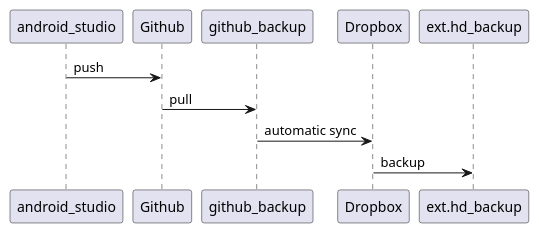
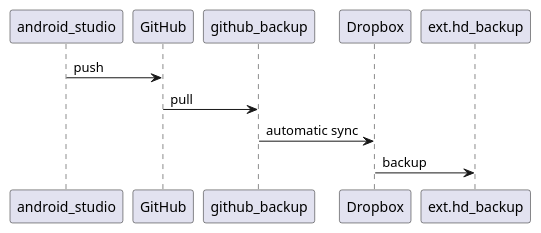
The fourth of 4 diagrams in README.md (CRUSTDE-ContainerizedRustDevEnv/windows_reinstall), drawn with PlantUML before and after one commit. The commit also changed other lines of this file and 8 other files, not shown here.

````diff
--- a/README.md
+++ b/README.md
@@ -91,8 +133,8 @@
 ```plantuml
 @startuml
-android_studio -> Github: push
-Github -> github_backup: pull
+android_studio -> GitHub: push
+GitHub -> github_backup: pull
 github_backup -> Dropbox: automatic sync
 Dropbox -> ext.hd_backup: backup    
 @enduml
 ```
````
